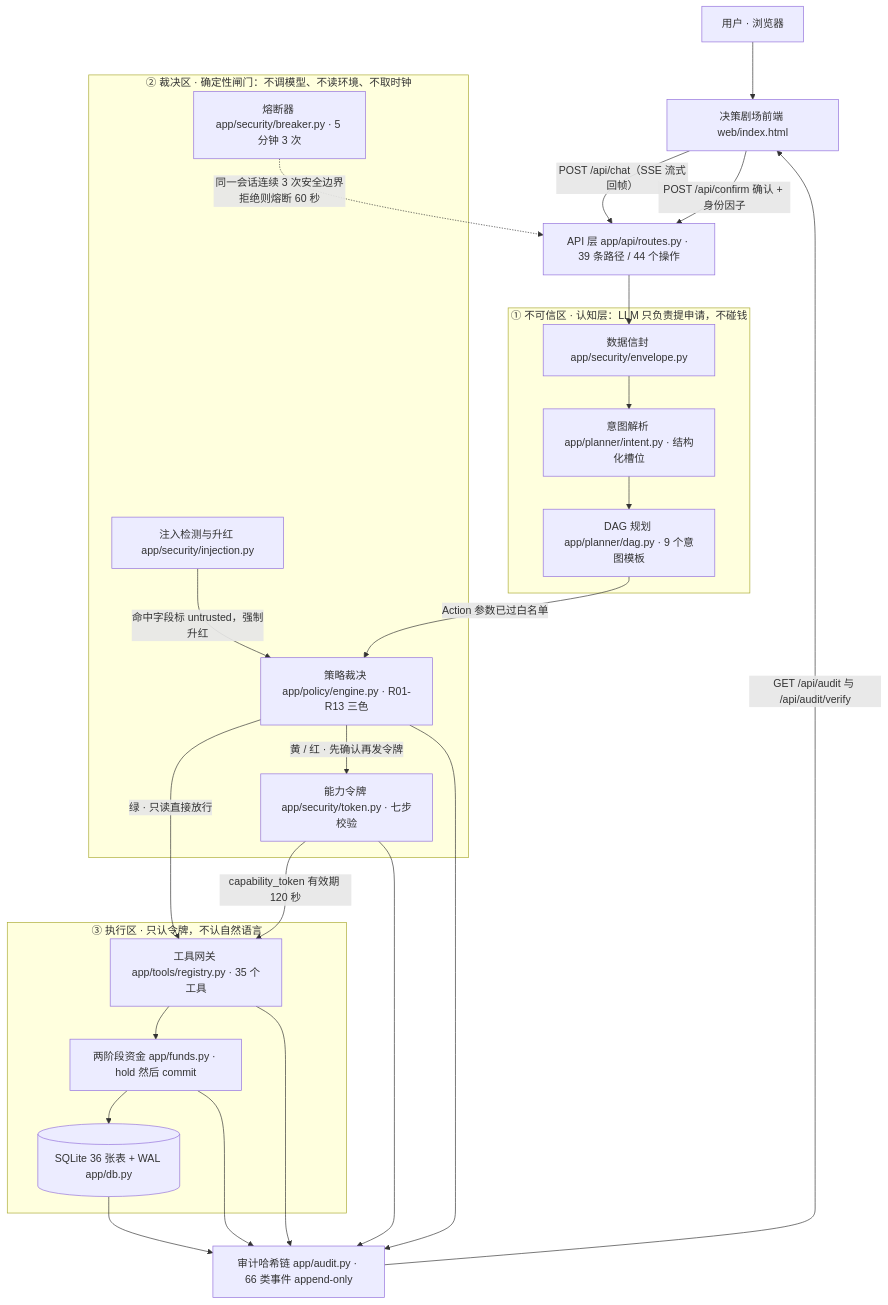
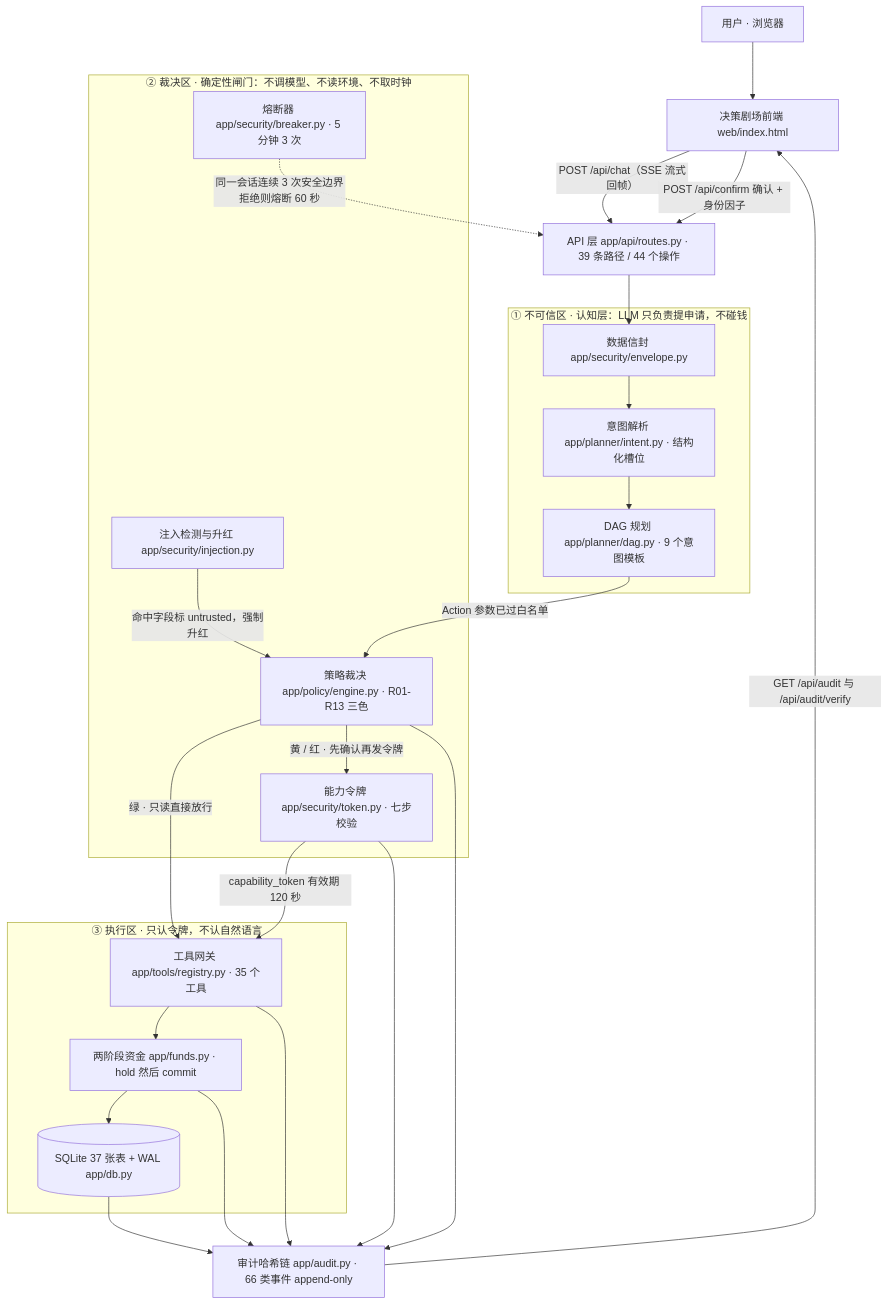
One commit to peng6yu/banking-agent changed the first of 2 diagrams in docs/技术文档.md. Above: the diagram before and after it, drawn with Mermaid. The commit also changed other lines of this file and 40 other files, not shown here.

````diff
--- a/docs/技术文档.md
+++ b/docs/技术文档.md
@@ -56,42 +56,42 @@
 ```mermaid
 flowchart TD
     U["用户 · 浏览器"] --> FE["决策剧场前端 web/index.html"]
     FE -->|"POST /api/chat（SSE 流式回帧）"| API["API 层 app/api/routes.py · 39 条路径 / 44 个操作"]
     FE -->|"POST /api/confirm 确认 + 身份因子"| API
 
     subgraph L1["① 不可信区 · 认知层：LLM 只负责提申请，不碰钱"]
         ENV["数据信封 app/security/envelope.py"]
         INT["意图解析 app/planner/intent.py · 结构化槽位"]
         DAG["DAG 规划 app/planner/dag.py · 9 个意图模板"]
     end
 
     subgraph L2["② 裁决区 · 确定性闸门：不调模型、不读环境、不取时钟"]
         INJ["注入检测与升红 app/security/injection.py"]
         PE["策略裁决 app/policy/engine.py · R01-R13 三色"]
         TK["能力令牌 app/security/token.py · 七步校验"]
         BRK["熔断器 app/security/breaker.py · 5 分钟 3 次"]
     end
 
     subgraph L3["③ 执行区 · 只认令牌，不认自然语言"]
         REG["工具网关 app/tools/registry.py · 35 个工具"]
         FND["两阶段资金 app/funds.py · hold 然后 commit"]
-        DB[("SQLite 36 张表 + WAL app/db.py")]
+        DB[("SQLite 37 张表 + WAL app/db.py")]
     end
 
     AUD["审计哈希链 app/audit.py · 66 类事件 append-only"]
 
     API --> ENV --> INT --> DAG
     DAG -->|"Action 参数已过白名单"| PE
     INJ -->|"命中字段标 untrusted，强制升红"| PE
     PE -->|"绿 · 只读直接放行"| REG
     PE -->|"黄 / 红 · 先确认再发令牌"| TK
     TK -->|"capability_token 有效期 120 秒"| REG
     BRK -.->|"同一会话连续 3 次安全边界拒绝则熔断 60 秒"| API
     REG --> FND --> DB
     REG --> AUD
     FND --> AUD
     PE --> AUD
     TK --> AUD
     DB --> AUD
     AUD -->|"GET /api/audit 与 /api/audit/verify"| FE
 ```
````
